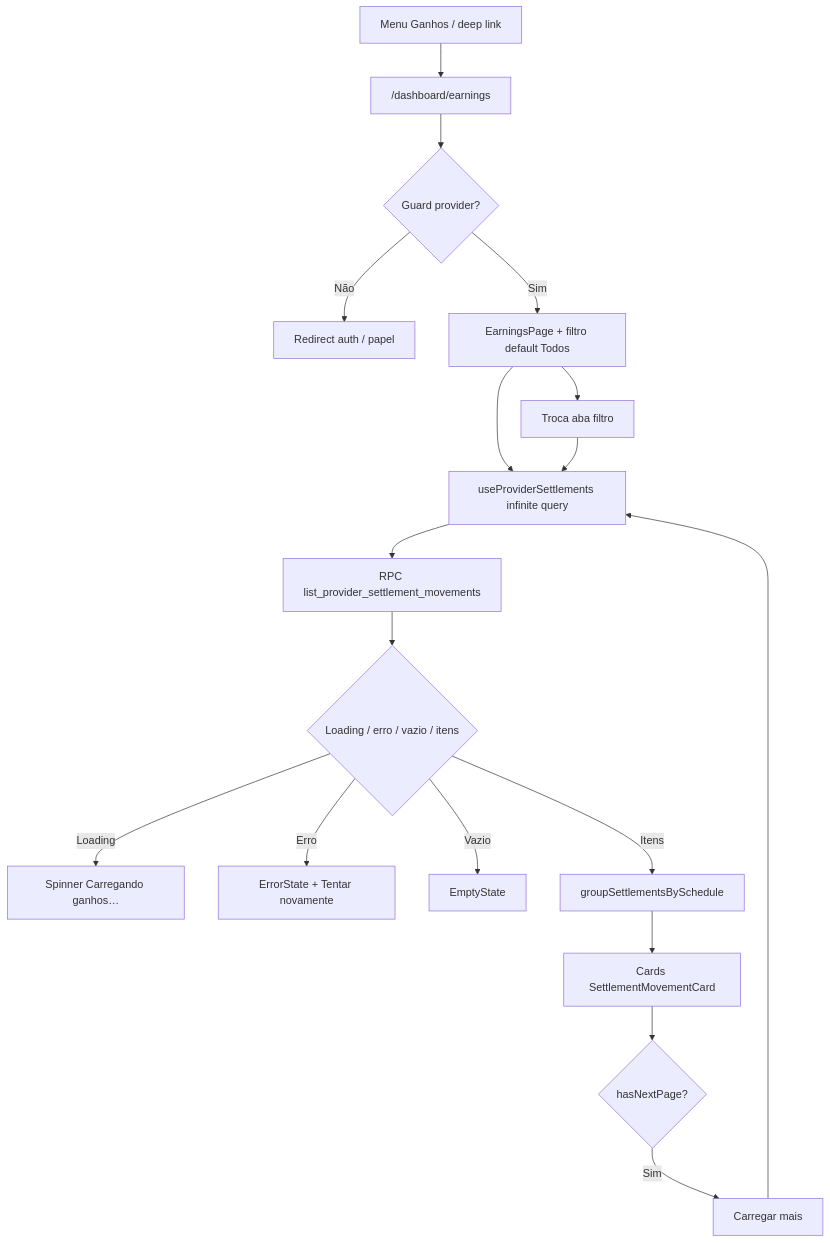
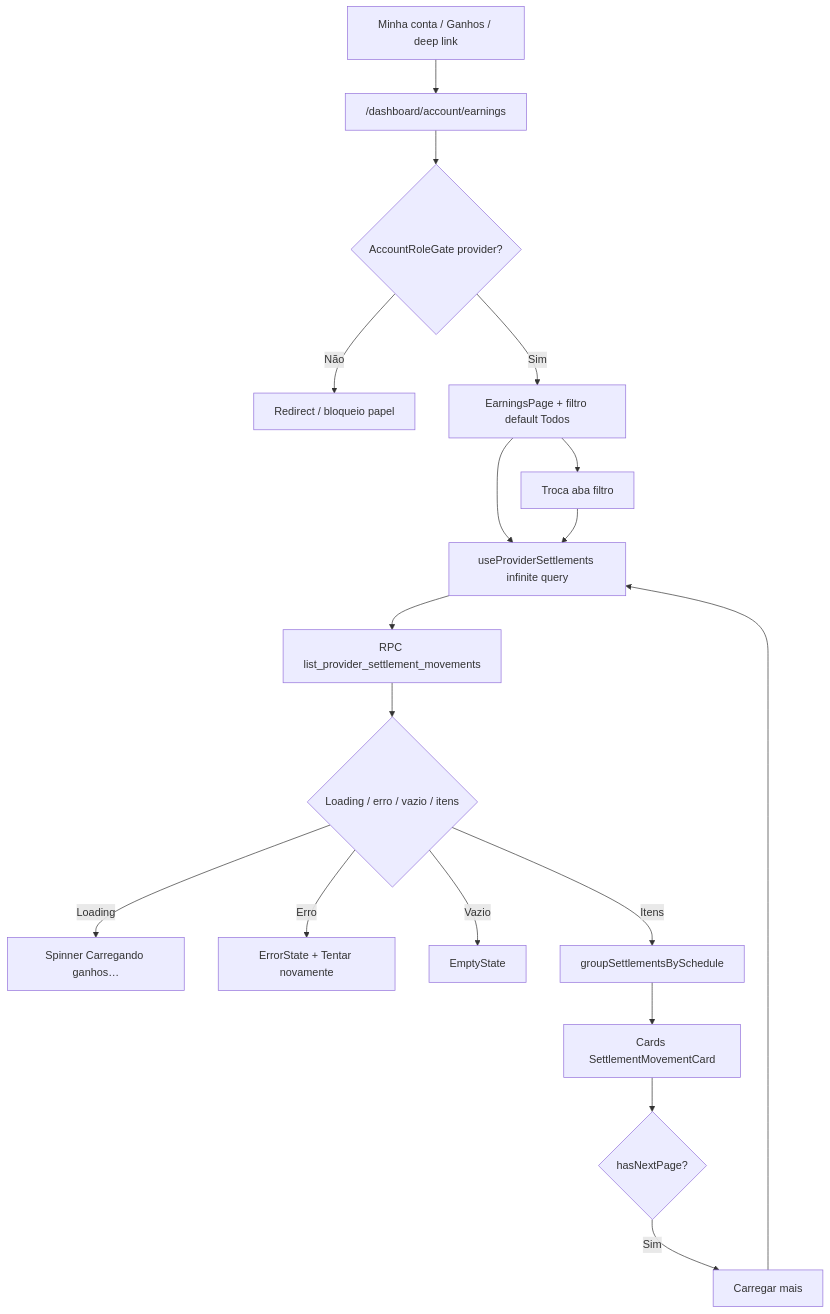
Before and after one commit to higorpo/renovi-orbit-test: the diagram in docs/business/modulos/provider-earnings/features/ganhos-e-liquidacoes.md, drawn with Mermaid. The commit also changed other lines of this file and 62 other files, not shown here.

````diff
--- a/docs/business/modulos/provider-earnings/features/ganhos-e-liquidacoes.md
+++ b/docs/business/modulos/provider-earnings/features/ganhos-e-liquidacoes.md
@@ -57,20 +57,20 @@
 ```mermaid
 flowchart TD
-  A[Menu Ganhos / deep link] --> B["/dashboard/earnings"]
-  B --> C{Guard provider?}
-  C -->|Não| D[Redirect auth / papel]
+  A[Minha conta / Ganhos / deep link] --> B["/dashboard/account/earnings"]
+  B --> C{AccountRoleGate provider?}
+  C -->|Não| D[Redirect / bloqueio papel]
   C -->|Sim| E[EarningsPage + filtro default Todos]
   E --> F[useProviderSettlements infinite query]
   F --> G["RPC list_provider_settlement_movements"]
   G --> H{Loading / erro / vazio / itens}
   H -->|Loading| I[Spinner Carregando ganhos…]
   H -->|Erro| J[ErrorState + Tentar novamente]
   H -->|Vazio| K[EmptyState]
   H -->|Itens| L[groupSettlementsBySchedule]
   L --> M[Cards SettlementMovementCard]
   M --> N{hasNextPage?}
   N -->|Sim| O[Carregar mais]
   O --> F
   E --> P[Troca aba filtro]
   P --> F
 ```
````
